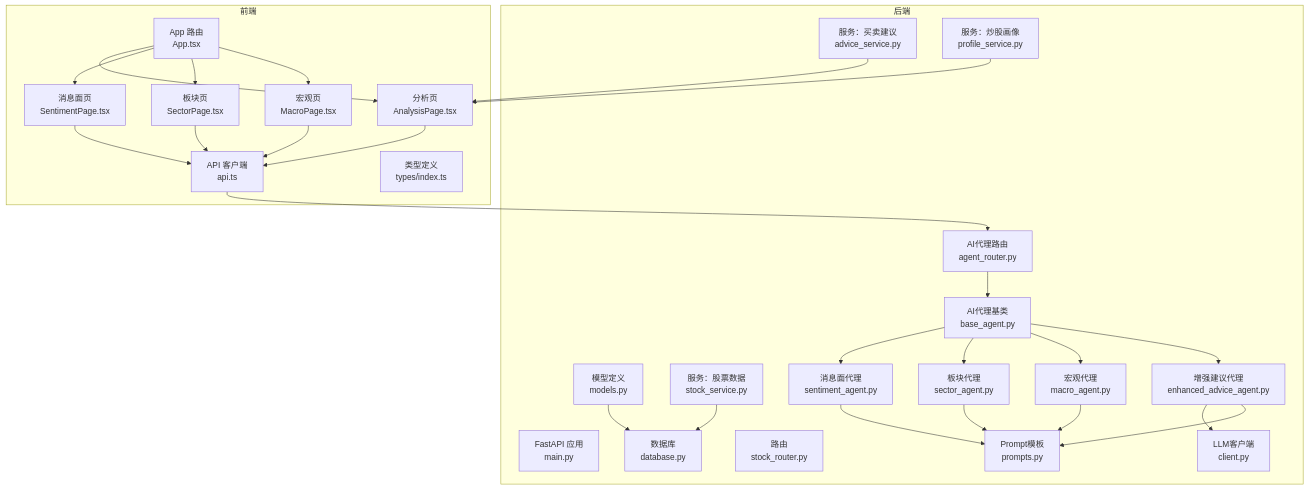
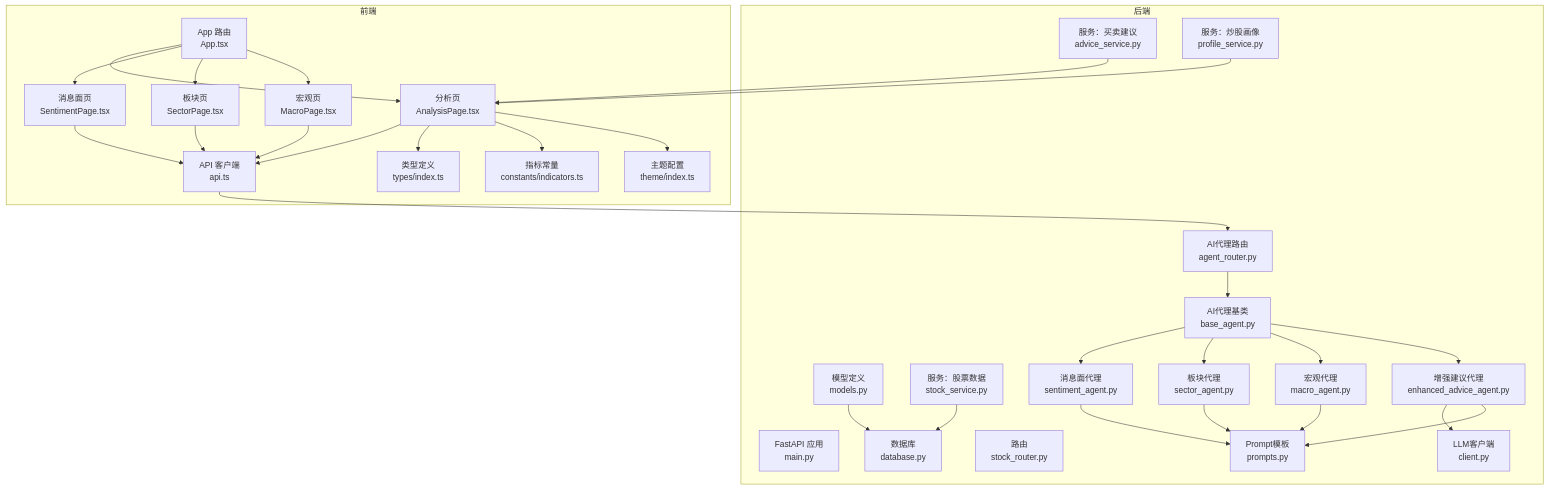
One commit to Moruime/stock_foker changed the first of 11 diagrams in .qoder/repowiki/zh/content/核心功能/技术面分析系统/技术面分析系统.md. Above: the diagram before and after it, drawn with Mermaid. The commit also changed other lines of this file and 15 other files, not shown here.

````diff
--- a/.qoder/repowiki/zh/content/核心功能/技术面分析系统/技术面分析系统.md
+++ b/.qoder/repowiki/zh/content/核心功能/技术面分析系统/技术面分析系统.md
@@ -63,52 +67,57 @@
 ```mermaid
 graph TB
 subgraph "后端"
 A["FastAPI 应用<br/>main.py"]
 B["数据库<br/>database.py"]
 C["模型定义<br/>models.py"]
 D["路由<br/>stock_router.py"]
 E["AI代理路由<br/>agent_router.py"]
 F["服务：股票数据<br/>stock_service.py"]
 G["服务：买卖建议<br/>advice_service.py"]
 H["服务：炒股画像<br/>profile_service.py"]
 I["AI代理基类<br/>base_agent.py"]
 J["消息面代理<br/>sentiment_agent.py"]
 K["板块代理<br/>sector_agent.py"]
 L["宏观代理<br/>macro_agent.py"]
 M["增强建议代理<br/>enhanced_advice_agent.py"]
 N["LLM客户端<br/>client.py"]
 O["Prompt模板<br/>prompts.py"]
 end
 subgraph "前端"
 P["App 路由<br/>App.tsx"]
 Q["分析页<br/>AnalysisPage.tsx"]
 R["消息面页<br/>SentimentPage.tsx"]
 S["板块页<br/>SectorPage.tsx"]
 T["宏观页<br/>MacroPage.tsx"]
 U["API 客户端<br/>api.ts"]
 V["类型定义<br/>types/index.ts"]
+W["指标常量<br/>constants/indicators.ts"]
+X["主题配置<br/>theme/index.ts"]
 end
 P --> Q
 P --> R
 P --> S
 P --> T
 Q --> U
 R --> U
 S --> U
 T --> U
 U --> E
 E --> I
 I --> J
 I --> K
 I --> L
 I --> M
 M --> N
 J --> O
 K --> O
 L --> O
 M --> O
 F --> B
 G --> Q
 H --> Q
 C --> B
+Q --> V
+Q --> W
+Q --> X
 ```
````
